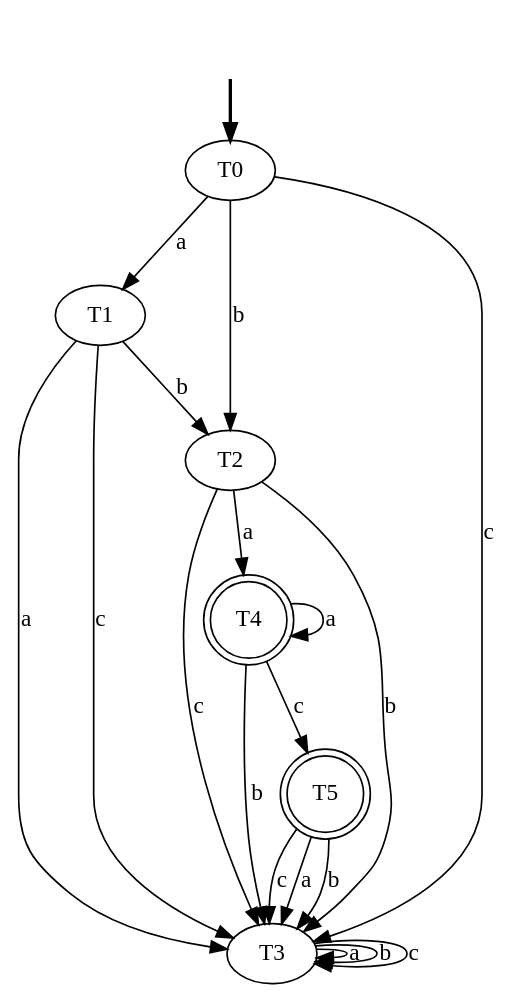
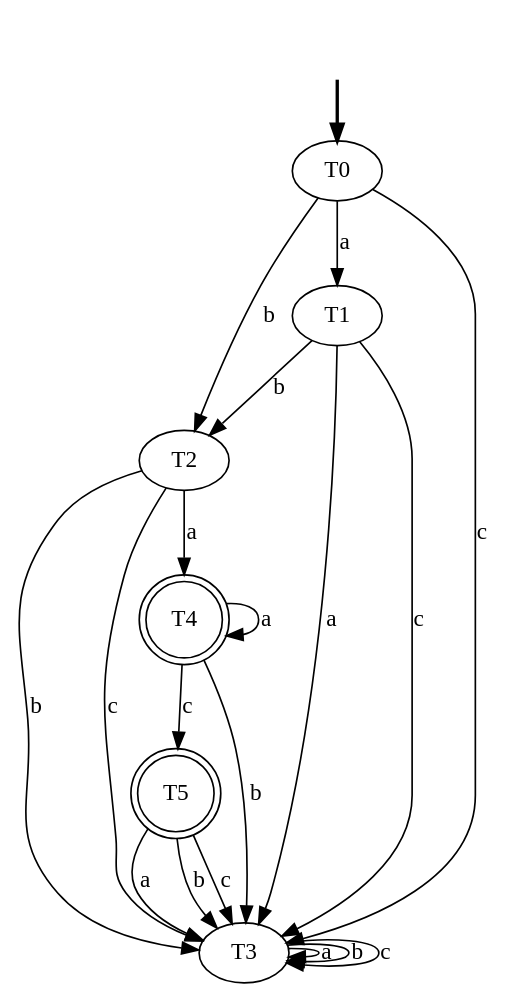
One commit to LuisDiego19FV/Proyecto_Compiladores changed the diagram in Lexer/output/(a;EP)b(a+)c!/(a;EP)b(a+)c!_dfa_2.dot. Above: the diagram before and after it, drawn with Graphviz. The commit also changed other lines of this file and 113 other files, not shown here.

```diff
--- a/Lexer/output/(a;EP)b(a+)c!/(a;EP)b(a+)c!_dfa_2.dot
+++ b/Lexer/output/(a;EP)b(a+)c!/(a;EP)b(a+)c!_dfa_2.dot
@@ -1,28 +1,28 @@
 digraph {
 	fake0 [style=invisible]
-	T1
 	T0 [root=true]
-	T4 [shape=doublecircle]
 	T5 [shape=doublecircle]
 	T2
+	T1
 	T3
+	T4 [shape=doublecircle]
 	fake0 -> T0 [style=bold]
 	T0 -> T1 [label=a]
 	T0 -> T2 [label=b]
 	T0 -> T3 [label=c]
 	T1 -> T3 [label=a]
 	T1 -> T3 [label=c]
 	T1 -> T2 [label=b]
 	T2 -> T4 [label=a]
 	T2 -> T3 [label=b]
 	T2 -> T3 [label=c]
 	T3 -> T3 [label=a]
 	T3 -> T3 [label=b]
 	T3 -> T3 [label=c]
 	T4 -> T4 [label=a]
 	T4 -> T3 [label=b]
 	T4 -> T5 [label=c]
 	T5 -> T3 [label=a]
 	T5 -> T3 [label=b]
 	T5 -> T3 [label=c]
 }
```
